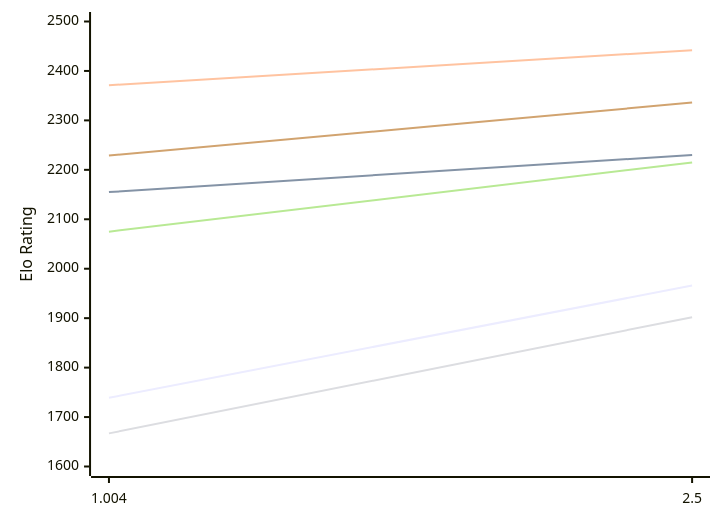
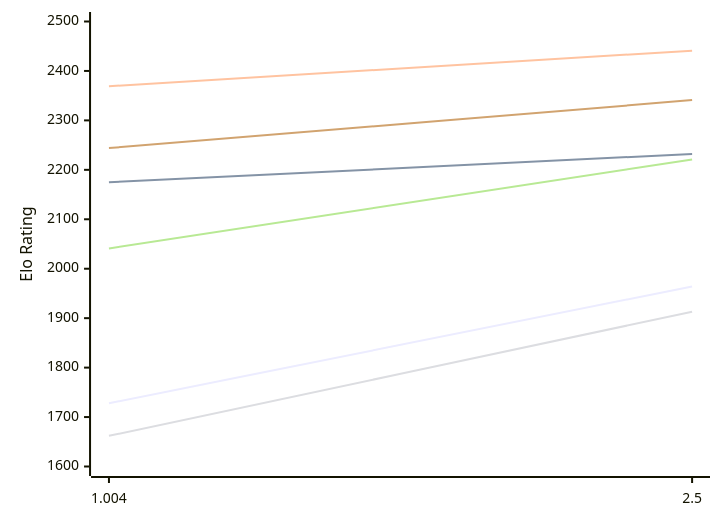
Before and after one commit to computer-chess-index/cci: the first of 2 diagrams in engines/Ares.md, drawn with Mermaid. The commit also changed other lines of this file, not shown here.

Commit message:
Update CCI Ratings (ELO VLTC) - 2026-11-17

````diff
--- a/engines/Ares.md
+++ b/engines/Ares.md
@@ -50,12 +50,12 @@
 ```mermaid
 %%{init: {"theme":"base","themeVariables":{"seriesColors:['#a3a3a3','#222221','#faa371']}}}%%
 xychart-beta
   x-axis ["1.004", "2.5"]
   y-axis "Elo Rating" 1600 --> 2500
-  line "E1: STC (8.0+0.08s)" [1739, 1966]
-  line "E1: LTC (60.0+0.60s)" [2155, 2230]
-  line "E1: VLTC (2m24s+1.12s)" [2371, 2442]
-  line "P1: STC (8.0+0.08s)" [1667, 1902]
-  line "P1: LTC (60.0+0.60s)" [2075, 2215]
-  line "P1: VLTC (2m24s+1.12s)" [2229, 2336]
+  line "E1: STC (8.0+0.08s)" [1728, 1964]
+  line "E1: LTC (60.0+0.60s)" [2175, 2232]
+  line "E1: VLTC (2m24s+1.12s)" [2369, 2441]
+  line "P1: STC (8.0+0.08s)" [1662, 1913]
+  line "P1: LTC (60.0+0.60s)" [2041, 2221]
+  line "P1: VLTC (2m24s+1.12s)" [2244, 2341]
 ```
````
